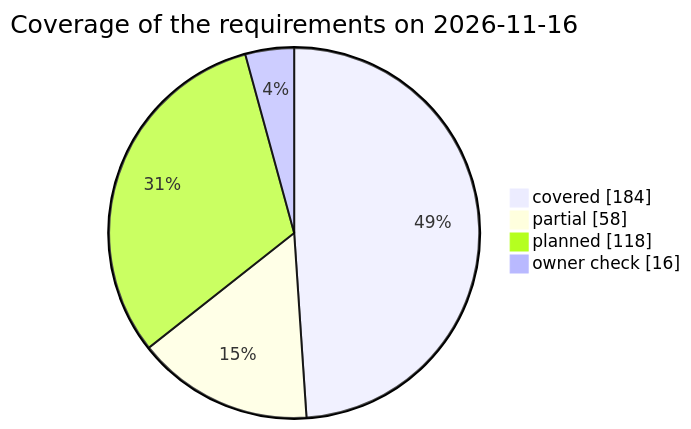
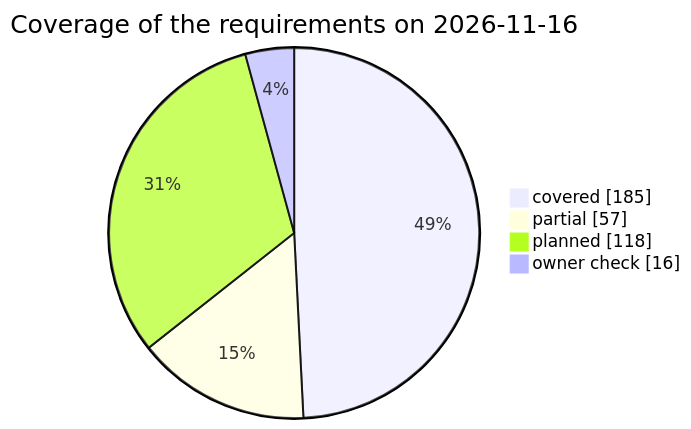
One commit to qa-io-vn/fnb-manager changed the third of 3 diagrams in docs/test-plan.md. Above: the diagram before and after it, drawn with Mermaid. The commit also changed other lines of this file and 53 other files, not shown here.

````diff
--- a/docs/test-plan.md
+++ b/docs/test-plan.md
@@ -874,8 +875,8 @@
 ```mermaid
 pie showData
     title Coverage of the requirements on 2026-11-16
-    "covered" : 184
-    "partial" : 58
+    "covered" : 185
+    "partial" : 57
     "planned" : 118
     "owner check" : 16
 ```
````
